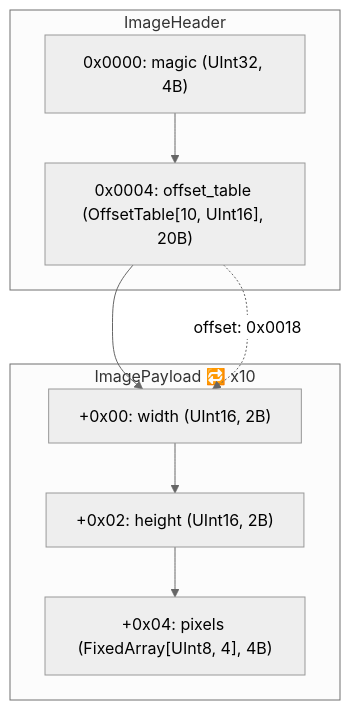
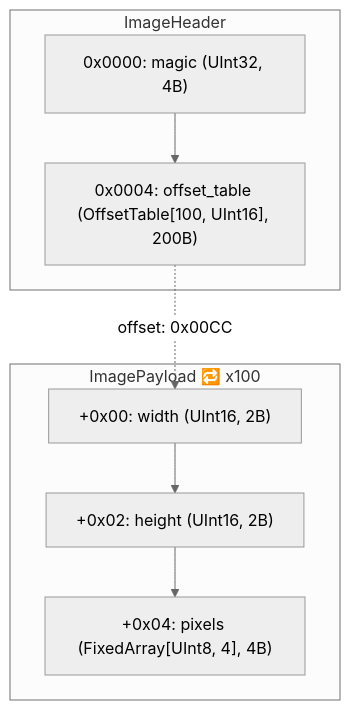
One commit to tamon-ishii/binary_master changed the first of 3 diagrams in manual.md. Above: the diagram before and after it, drawn with Mermaid (neutral theme). The commit also changed other lines of this file and 4 other files, not shown here.

Commit message:
feat: enhance manual readability, deduplicate flowchart arrows, clean ty check, and add interactive HTML filter (v0.3.6)

````diff
--- a/manual.md
+++ b/manual.md
@@ -13,17 +14,16 @@
 ```mermaid
 flowchart TD
     subgraph SG_ImageHeader ["ImageHeader"]
         N0["0x0000: magic (UInt32, 4B)"]
-        N1["0x0004: offset_table (OffsetTable[10, UInt16], 20B)"]
+        N1["0x0004: offset_table (OffsetTable[100, UInt16], 200B)"]
     end
-    subgraph SG_ImagePayload ["ImagePayload 🔁 x10"]
-        N11["+0x00: width (UInt16, 2B)"]
-        N12["+0x02: height (UInt16, 2B)"]
-        N13["+0x04: pixels (FixedArray[UInt8, 4], 4B)"]
+    subgraph SG_ImagePayload ["ImagePayload 🔁 x100"]
+        N101["+0x00: width (UInt16, 2B)"]
+        N102["+0x02: height (UInt16, 2B)"]
+        N103["+0x04: pixels (FixedArray[UInt8, 4], 4B)"]
     end
     N0 --> N1
-    N1 --> N11
-    N11 --> N12
-    N12 --> N13
-    N1 -.->|"offset: 0x0018"| N11
+    N101 --> N102
+    N102 --> N103
+    N1 -.->|"offset: 0x00CC"| N101
 ```
````
